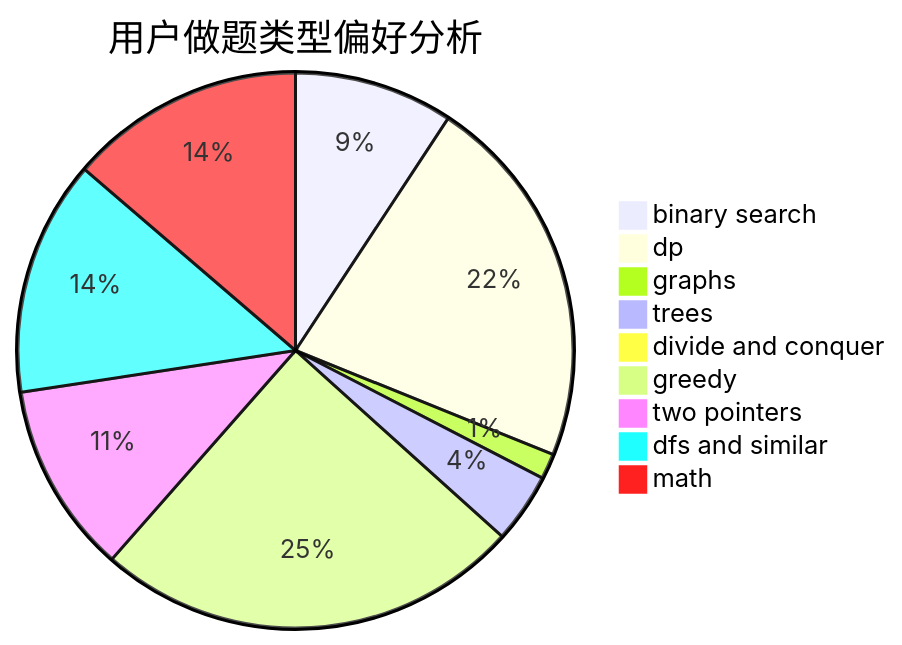
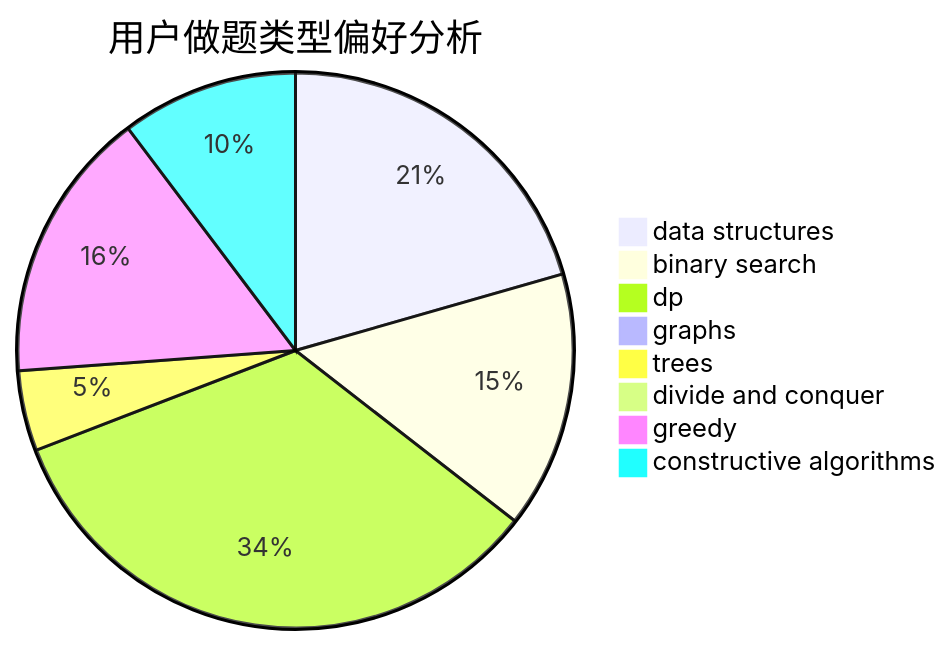
The second of 3 diagrams in docs/user/u679.md (sherpahu/cfrs.github.io), drawn with Mermaid before and after one commit. The commit also changed other lines of this file and 2775 other files, not shown here.

````diff
--- a/docs/user/u679.md
+++ b/docs/user/u679.md
@@ -23,12 +23,11 @@
 ```mermaid
 pie title 用户做题类型偏好分析
-    "binary search" :  25
-    "dp" :  59
-    "graphs" :  4
-    "trees" :  11
+    "data structures" :  22
+    "binary search" :  16
+    "dp" :  36
+    "graphs" :  0
+    "trees" :  5
     "divide and conquer" :  0
-    "greedy" :  67
-    "two pointers" :  30
-    "dfs and similar" :  37
-    "math" :  37
+    "greedy" :  17
+    "constructive algorithms" :  11
 ```
````
